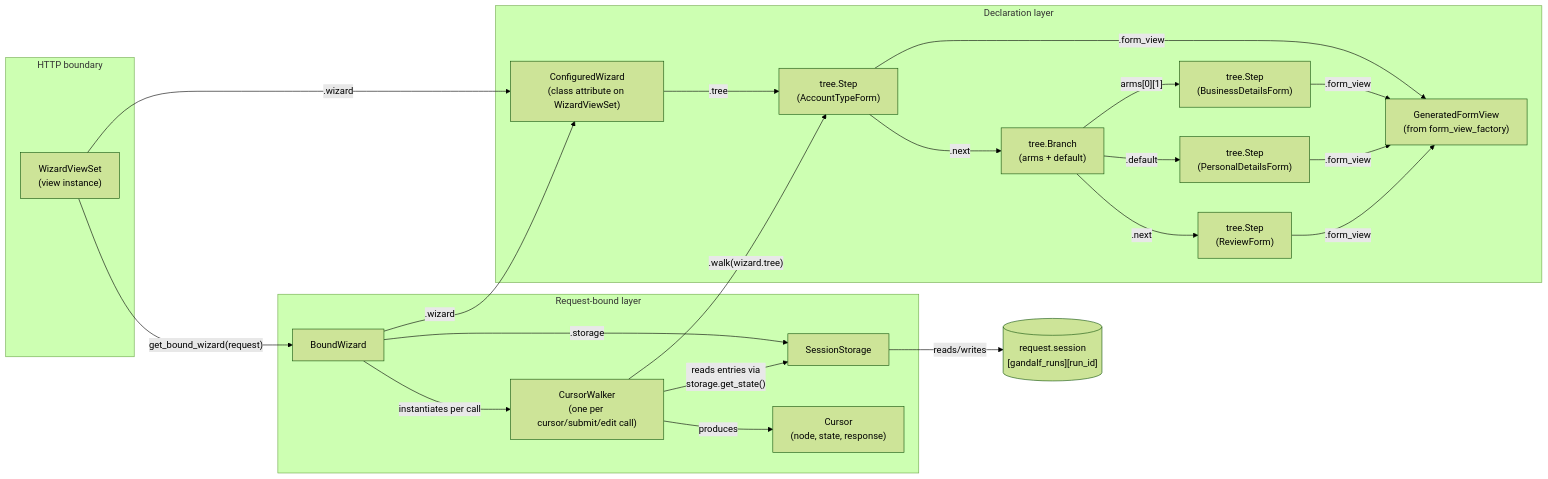
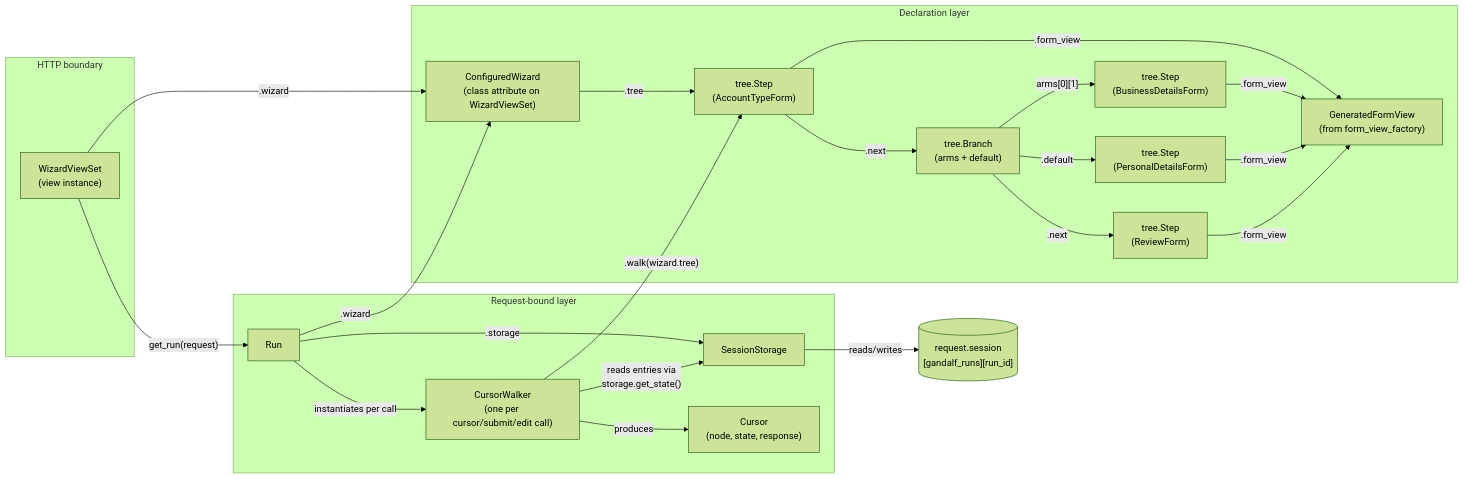
One commit to kevincarrogan/django-gandalf changed the first of 5 diagrams in ARCHITECTURE.md. Above: the diagram before and after it, drawn with Mermaid (forest theme). The commit also changed other lines of this file and 82 other files, not shown here.

First line of the commit message:
Rename BoundWizard to Run, and define chapter 1's four words up front

````diff
--- a/ARCHITECTURE.md
+++ b/ARCHITECTURE.md
@@ -47,45 +47,45 @@
 ```mermaid
 graph LR
     subgraph HTTP boundary
         WVS["WizardViewSet\n(view instance)"]
     end
 
     subgraph Declaration layer
         CW["ConfiguredWizard\n(class attribute on WizardViewSet)"]
         S1["tree.Step\n(AccountTypeForm)"]
         BR["tree.Branch\n(arms + default)"]
         S2a["tree.Step\n(BusinessDetailsForm)"]
         S2b["tree.Step\n(PersonalDetailsForm)"]
         S3["tree.Step\n(ReviewForm)"]
         FV["GeneratedFormView\n(from form_view_factory)"]
     end
 
     subgraph Request-bound layer
-        BW["BoundWizard"]
+        BW["Run"]
         SS["SessionStorage"]
         CWK["CursorWalker\n(one per cursor/submit/edit call)"]
         CUR["Cursor\n(node, state, response)"]
     end
 
     Session[("request.session\n[gandalf_runs][run_id]")]
 
     WVS -->|".wizard"| CW
     CW -->|".tree"| S1
     S1 -->|".next"| BR
     BR -->|"arms[0][1]"| S2a
     BR -->|".default"| S2b
     BR -->|".next"| S3
     S1 -->|".form_view"| FV
     S2a -->|".form_view"| FV
     S2b -->|".form_view"| FV
     S3 -->|".form_view"| FV
 
-    WVS -->|"get_bound_wizard(request)"| BW
+    WVS -->|"get_run(request)"| BW
     BW -->|".wizard"| CW
     BW -->|".storage"| SS
     BW -->|"instantiates per call"| CWK
     CWK -->|".walk(wizard.tree)"| S1
     CWK -->|"produces"| CUR
     SS -->|"reads/writes"| Session
     CWK -->|"reads entries via\nstorage.get_state()"| SS
 ```
````
